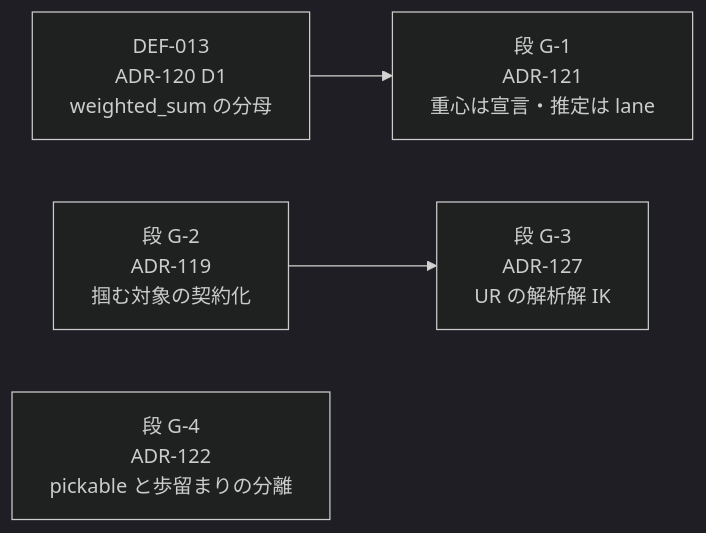
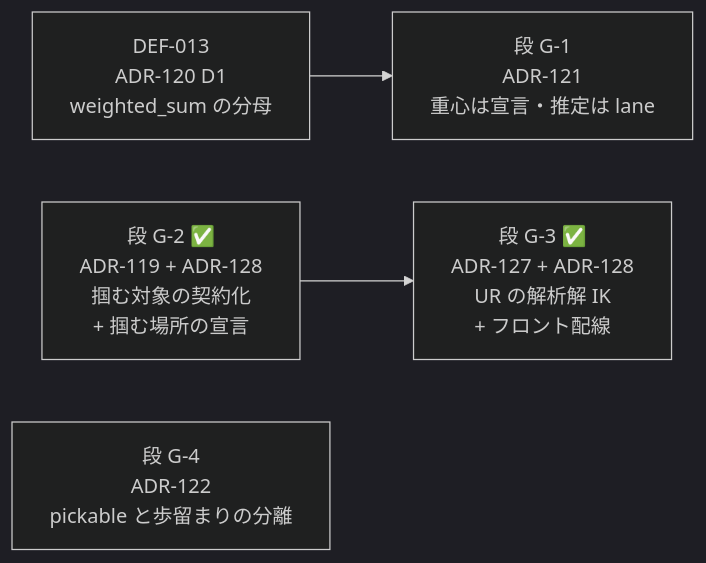
One commit to yuubae215/easy-extrude changed the diagram in docs/grasp/implementation-order.md. Above: the diagram before and after it, drawn with Mermaid (dark theme). The commit also changed other lines of this file and 35 other files, not shown here.

````diff
--- a/docs/grasp/implementation-order.md
+++ b/docs/grasp/implementation-order.md
@@ -27,9 +27,9 @@
 ```mermaid
 graph LR
   D13["DEF-013<br/>ADR-120 D1<br/>weighted_sum の分母"] --> S1
   S1["段 G-1<br/>ADR-121<br/>重心は宣言・推定は lane"]
-  S2["段 G-2<br/>ADR-119<br/>掴む対象の契約化"]
+  S2["段 G-2 ✅<br/>ADR-119 + ADR-128<br/>掴む対象の契約化<br/>+ 掴む場所の宣言"]
   S3["段 G-4<br/>ADR-122<br/>pickable と歩留まりの分離"]
   S2 --> S4
-  S4["段 G-3<br/>ADR-127<br/>UR の解析解 IK"]
+  S4["段 G-3 ✅<br/>ADR-127 + ADR-128<br/>UR の解析解 IK<br/>+ フロント配線"]
 ```
````
